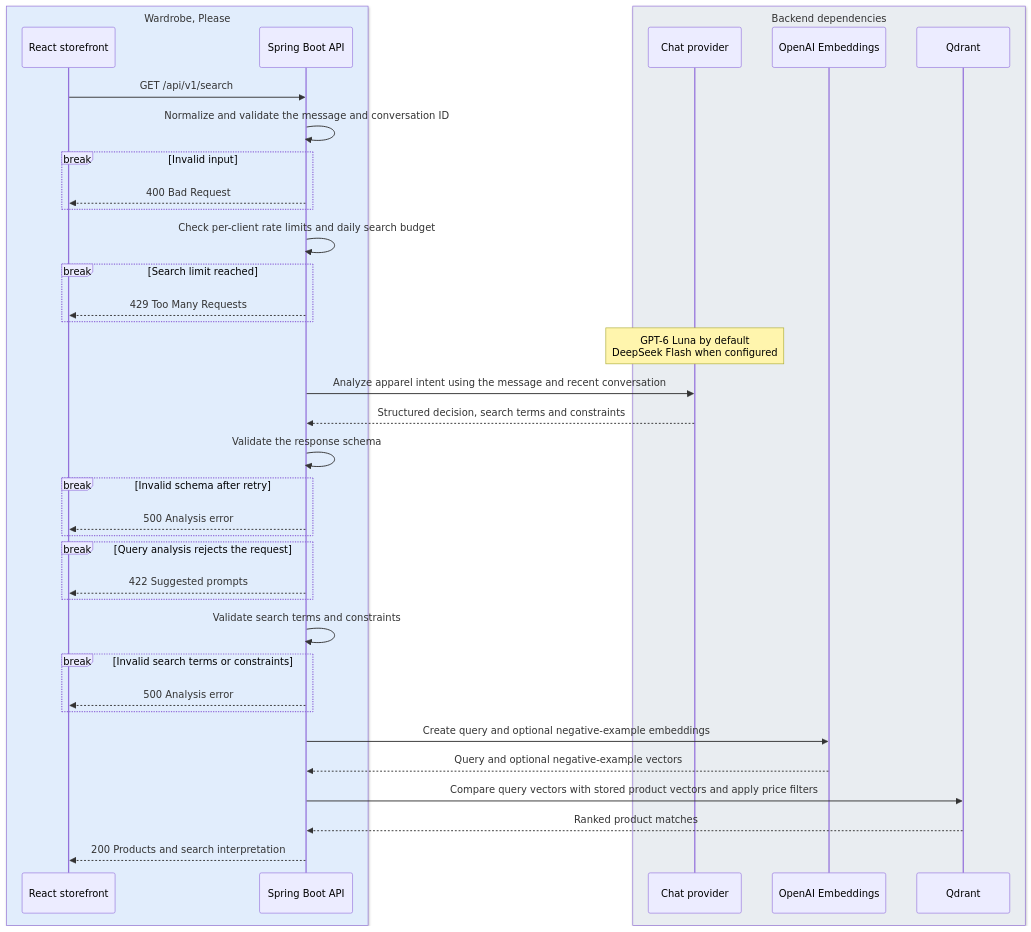
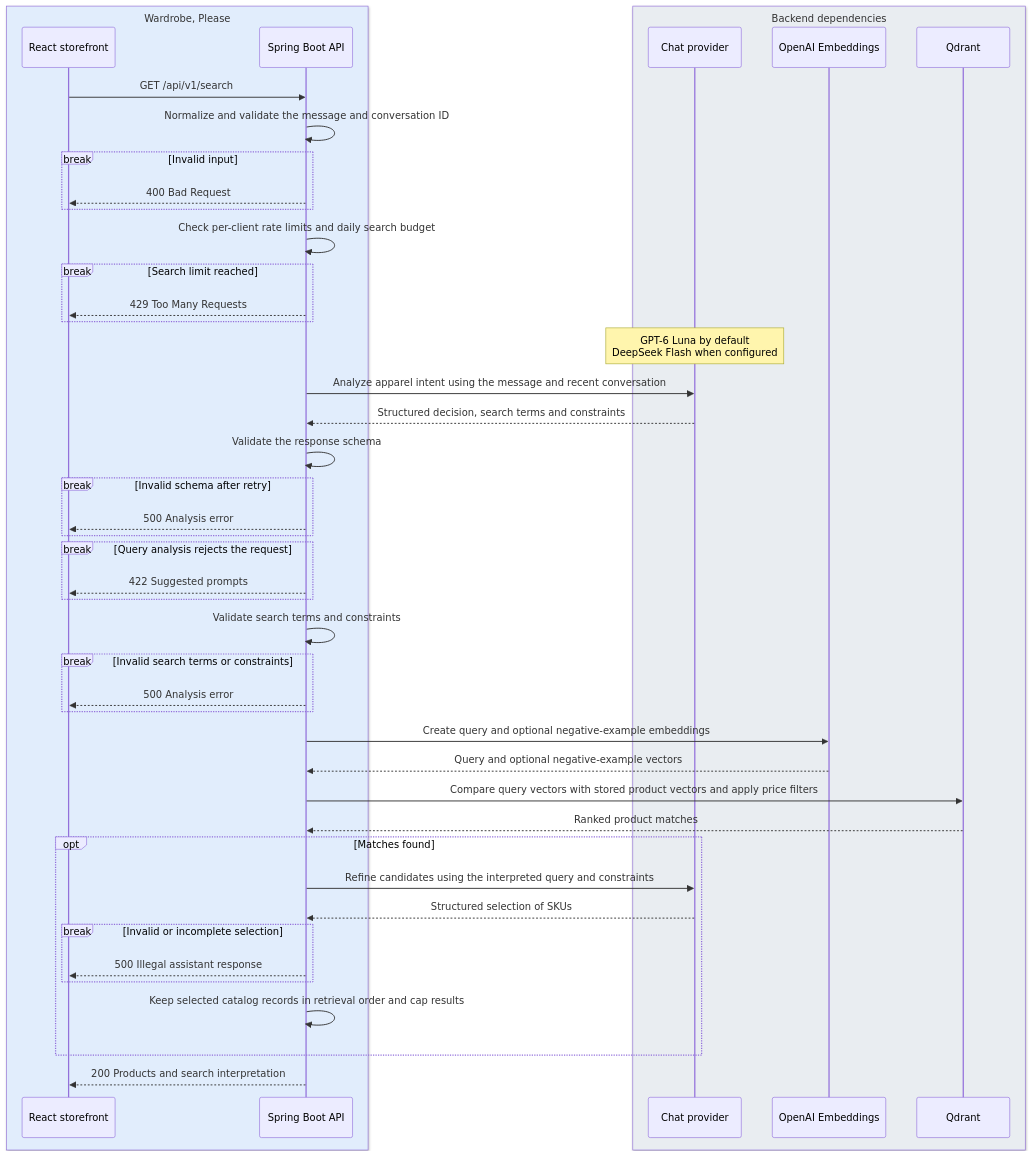
Before and after one commit to vladimirshu/wardrobe-please: the diagram in docs/architecture.md, drawn with Mermaid. The commit also changed other lines of this file and 27 other files, not shown here.

````diff
--- a/docs/architecture.md
+++ b/docs/architecture.md
@@ -7,47 +7,55 @@
 ```mermaid
 sequenceDiagram
     box rgb(225, 237, 252) Wardrobe, Please
         participant Shop as React storefront
         participant API as Spring Boot API
     end
     box rgb(233, 237, 241) Backend dependencies
         participant Chat as Chat provider
         participant Embed as OpenAI Embeddings
         participant DB as Qdrant
     end
 
     Shop->>API: GET /api/v1/search
     API->>API: Normalize and validate the message and conversation ID
     break Invalid input
         API-->>Shop: 400 Bad Request
     end
 
     API->>API: Check per-client rate limits and daily search budget
     break Search limit reached
         API-->>Shop: 429 Too Many Requests
     end
 
     Note over Chat: GPT-6 Luna by default<br/>DeepSeek Flash when configured
     API->>Chat: Analyze apparel intent using the message and recent conversation
     Chat-->>API: Structured decision, search terms and constraints
 
     API->>API: Validate the response schema
     break Invalid schema after retry
         API-->>Shop: 500 Analysis error
     end
 
     break Query analysis rejects the request
         API-->>Shop: 422 Suggested prompts
     end
 
     API->>API: Validate search terms and constraints
     break Invalid search terms or constraints
         API-->>Shop: 500 Analysis error
     end
 
     API->>Embed: Create query and optional negative-example embeddings
     Embed-->>API: Query and optional negative-example vectors
     API->>DB: Compare query vectors with stored product vectors and apply price filters
     DB-->>API: Ranked product matches
+    opt Matches found
+        API->>Chat: Refine candidates using the interpreted query and constraints
+        Chat-->>API: Structured selection of SKUs
+        break Invalid or incomplete selection
+            API-->>Shop: 500 Illegal assistant response
+        end
+        API->>API: Keep selected catalog records in retrieval order and cap results
+    end
     API-->>Shop: 200 Products and search interpretation
 ```
````
